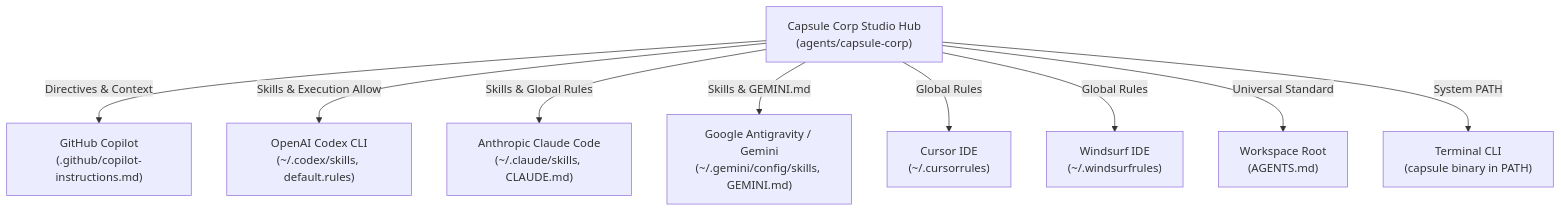
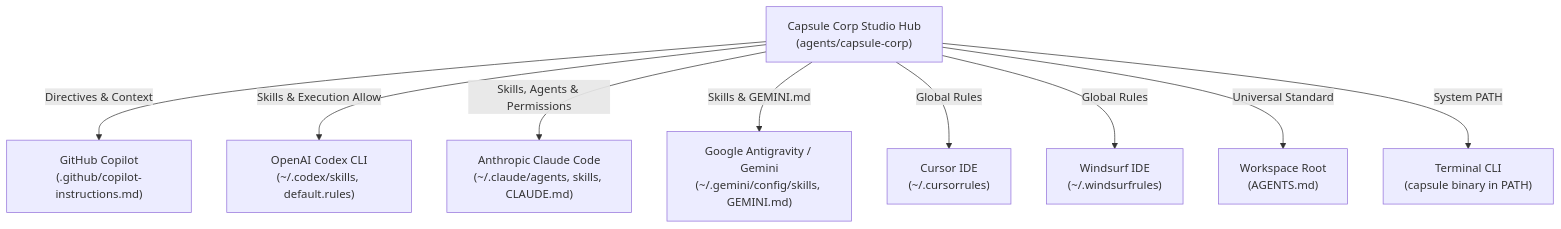
One commit to waystilos/capsule_corp changed the first of 2 diagrams in README.md. Above: the diagram before and after it, drawn with Mermaid. The commit also changed other lines of this file and 40 other files, not shown here.

First line of the commit message:
feat: add Claude Code support, multi-AI doctor, and autonomous agent self-provisioning

````diff
--- a/README.md
+++ b/README.md
@@ -182,13 +182,13 @@
 ```mermaid
 flowchart TD
     Hub["Capsule Corp Studio Hub\n(agents/capsule-corp)"]
     
     Hub -->|"Directives & Context"| Copilot["GitHub Copilot\n(.github/copilot-instructions.md)"]
     Hub -->|"Skills & Execution Allow"| Codex["OpenAI Codex CLI\n(~/.codex/skills, default.rules)"]
-    Hub -->|"Skills & Global Rules"| Claude["Anthropic Claude Code\n(~/.claude/skills, CLAUDE.md)"]
+    Hub -->|"Skills, Agents & Permissions"| Claude["Anthropic Claude Code\n(~/.claude/agents, skills, CLAUDE.md)"]
     Hub -->|"Skills & GEMINI.md"| Gemini["Google Antigravity / Gemini\n(~/.gemini/config/skills, GEMINI.md)"]
     Hub -->|"Global Rules"| Cursor["Cursor IDE\n(~/.cursorrules)"]
     Hub -->|"Global Rules"| Windsurf["Windsurf IDE\n(~/.windsurfrules)"]
     Hub -->|"Universal Standard"| DevRoot["Workspace Root\n(AGENTS.md)"]
     Hub -->|"System PATH"| Terminal["Terminal CLI\n(capsule binary in PATH)"]
 ```
````
